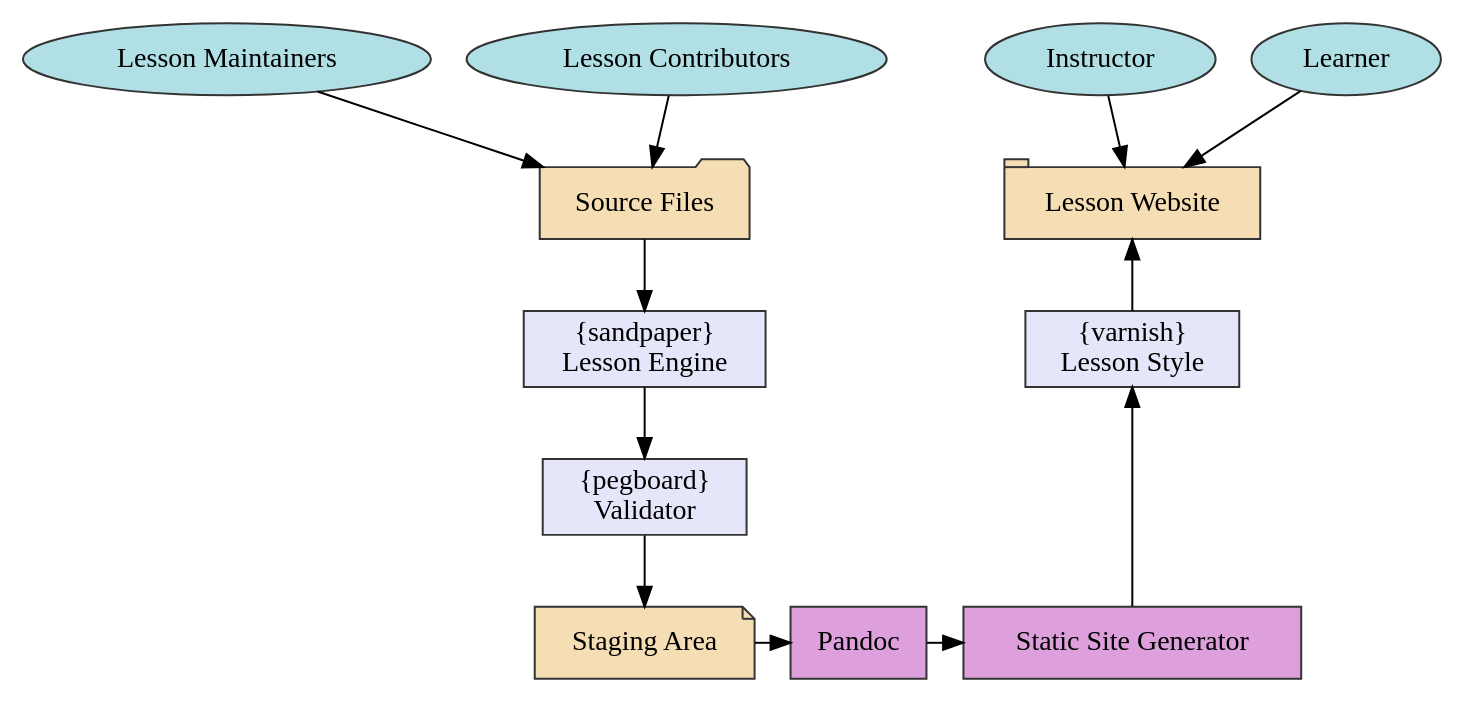
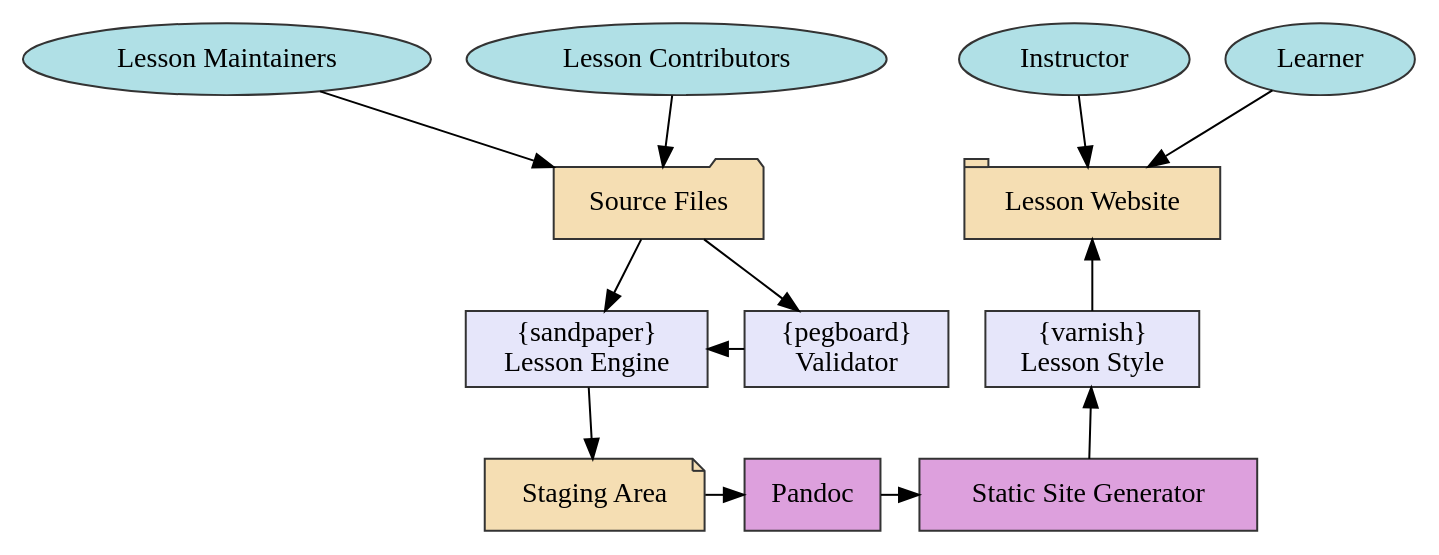
The diagram in vignettes/articles/img/broad-flow.dot (carpentries/sandpaper), drawn with Graphviz before and after one commit. The commit also changed 1 other file, not shown here.

Commit message:
update diagrams

```diff
--- a/vignettes/articles/img/broad-flow.dot
+++ b/vignettes/articles/img/broad-flow.dot
@@ -1,42 +1,43 @@
 digraph "Lesson Infrastructure Workflow" {
  
     node   [style="filled" color="grey20"];
     node   [fillcolor="wheat", shape="rect"];
     source [label="Source Files"             , shape="folder"];
     stage  [label="Staging Area"             , shape="note"];
     site   [label="Lesson Website"           , shape="tab"];
 
     node      [style="filled", fillcolor="lavender", shape="rect"];
     sandpaper [label="{sandpaper}\nLesson Engine"];
     varnish   [label="{varnish}\nLesson Style"];
     pegboard  [label="{pegboard}\nValidator"];
 
     node   [fillcolor="plum", shape="rect"];
     engine [label="Static Site Generator"];
     pandoc [label="Pandoc"];
  
     node        [fillcolor="powderblue"];
     maintainer  [label="Lesson Maintainers" , shape="oval"];
     contributor [label="Lesson Contributors", shape="oval"];
     instructor  [label="Instructor"         , shape="oval"];
     learner     [label="Learner"            , shape="oval"];
      
-    {rank="same"; maintainer,  instructor};
+    {rank="same"; maintainer, instructor};
     {rank="same"; contributor, learner};
-    {rank="same"; source,      site};
-    {rank="same"; sandpaper,   varnish};
-    {rank="same"; stage,       pandoc,      engine};
+    {rank="same"; source, site};
+    {rank="same"; sandpaper, pegboard, varnish};
+    {rank="same"; stage, pandoc, engine};
     
     maintainer  -> source;
     contributor -> source;
     instructor  -> site;
     learner     -> site;
 
     source      -> sandpaper;
-    sandpaper   -> pegboard;
-    pegboard    -> stage;
+    source      -> pegboard;
+    pegboard    -> sandpaper;
+    sandpaper   -> stage;
     varnish     -> site;
     stage       -> pandoc;
     pandoc      -> engine;
     engine      -> varnish;   
 }
```
